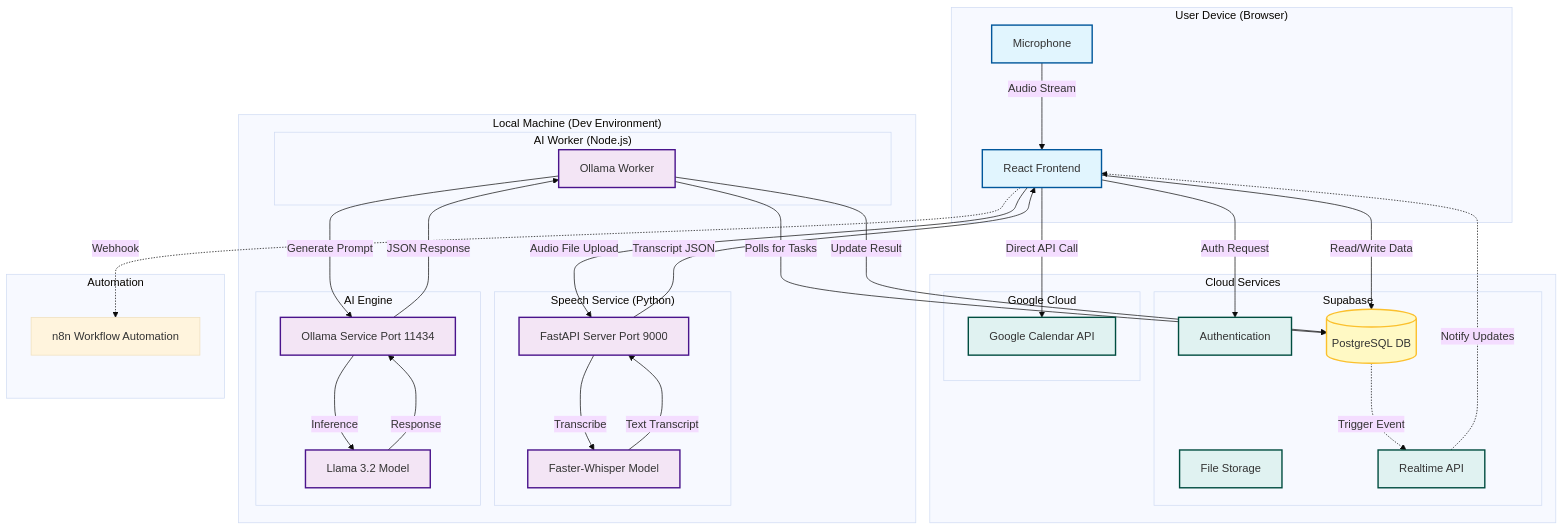
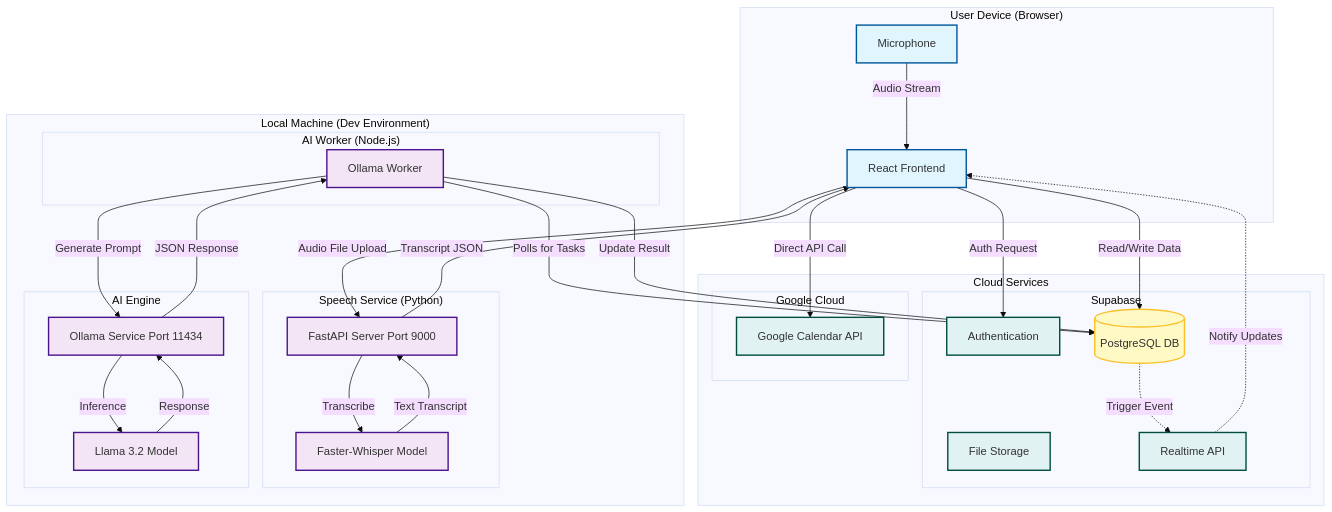
One commit to KI-Sekretarin/cal-speak-buddy changed the diagram in INFRASTRUCTURE.md. Above: the diagram before and after it, drawn with Mermaid (base theme). The commit also changed 1 other file, not shown here.

Commit message:
Cleanup: Remove n8n references and update documentation

````diff
--- a/INFRASTRUCTURE.md
+++ b/INFRASTRUCTURE.md
@@ -5,74 +5,71 @@
 ```mermaid
 graph TD
     subgraph Client ["User Device (Browser)"]
         UI[React Frontend]
         Mic[Microphone]
     end
 
     subgraph Local_Machine ["Local Machine (Dev Environment)"]
         subgraph Backend_Speech ["Speech Service (Python)"]
             FastAPI[FastAPI Server Port 9000]
             Whisper[Faster-Whisper Model]
         end
 
         subgraph Backend_AI ["AI Worker (Node.js)"]
             Worker[Ollama Worker]
         end
 
         subgraph AI_Engine ["AI Engine"]
             Ollama[Ollama Service Port 11434]
             Llama[Llama 3.2 Model]
         end
     end
 
     subgraph Cloud_Services ["Cloud Services"]
         subgraph Supabase_Cloud ["Supabase"]
             Auth[Authentication]
             DB[(PostgreSQL DB)]
             Storage[File Storage]
             Realtime[Realtime API]
         end
 
         subgraph Google_Cloud ["Google Cloud"]
             GCal[Google Calendar API]
         end
     end
 
-    subgraph External_Automation ["Automation"]
-        n8n[n8n Workflow Automation]
-    end
+
 
     %% Data Flow Connections
     Mic -->|Audio Stream| UI
     UI -->|Audio File Upload| FastAPI
     FastAPI -->|Transcribe| Whisper
     Whisper -->|Text Transcript| FastAPI
     FastAPI -->|Transcript JSON| UI
 
     UI -->|Read/Write Data| DB
     UI -->|Auth Request| Auth
     UI -->|Direct API Call| GCal
-    UI -.->|Webhook| n8n
 
     Worker -->|Polls for Tasks| DB
     Worker -->|Update Result| DB
     Worker -->|Generate Prompt| Ollama
     Ollama -->|Inference| Llama
     Llama -->|Response| Ollama
     Ollama -->|JSON Response| Worker
 
     %% Realtime updates
     Realtime -.->|Notify Updates| UI
     DB -.->|Trigger Event| Realtime
 
     %% Styling
     classDef client fill:#e1f5fe,stroke:#01579b,stroke-width:2px;
     classDef local fill:#f3e5f5,stroke:#4a148c,stroke-width:2px;
     classDef cloud fill:#e0f2f1,stroke:#004d40,stroke-width:2px;
     classDef db fill:#fff9c4,stroke:#fbc02d,stroke-width:2px;
 
     class UI,Mic client;
     class FastAPI,Whisper,Worker,Ollama,Llama local;
     class Auth,Storage,Realtime,GCal cloud;
     class DB db;
 ```
````
